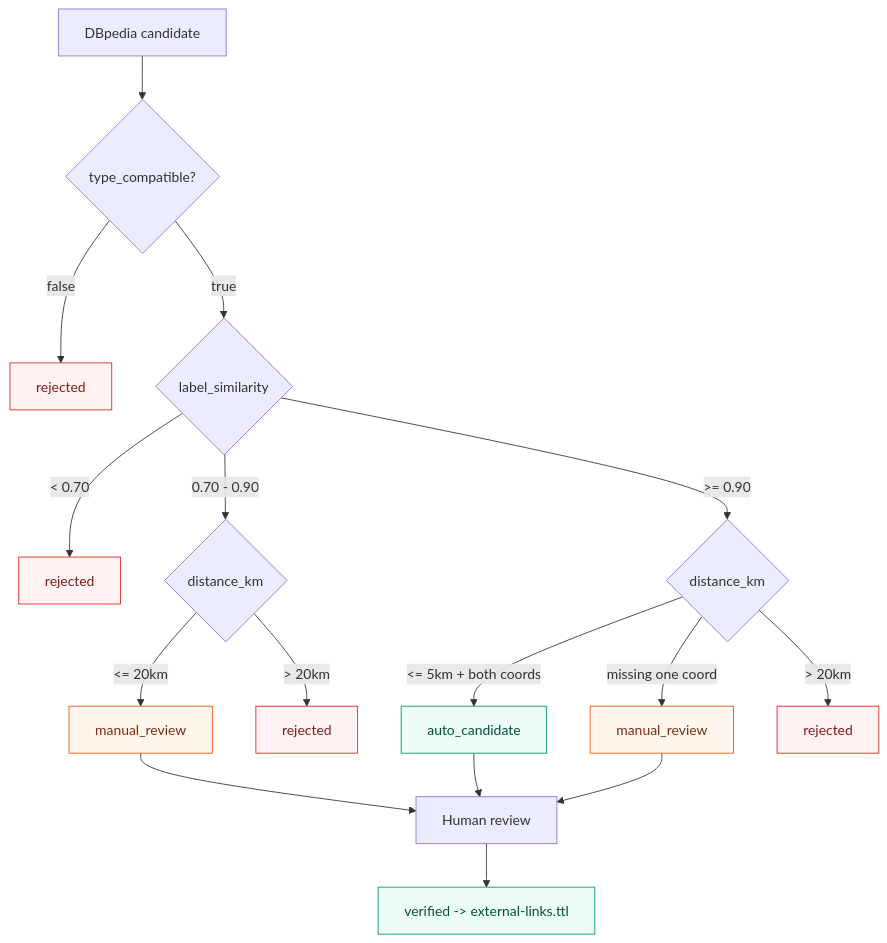
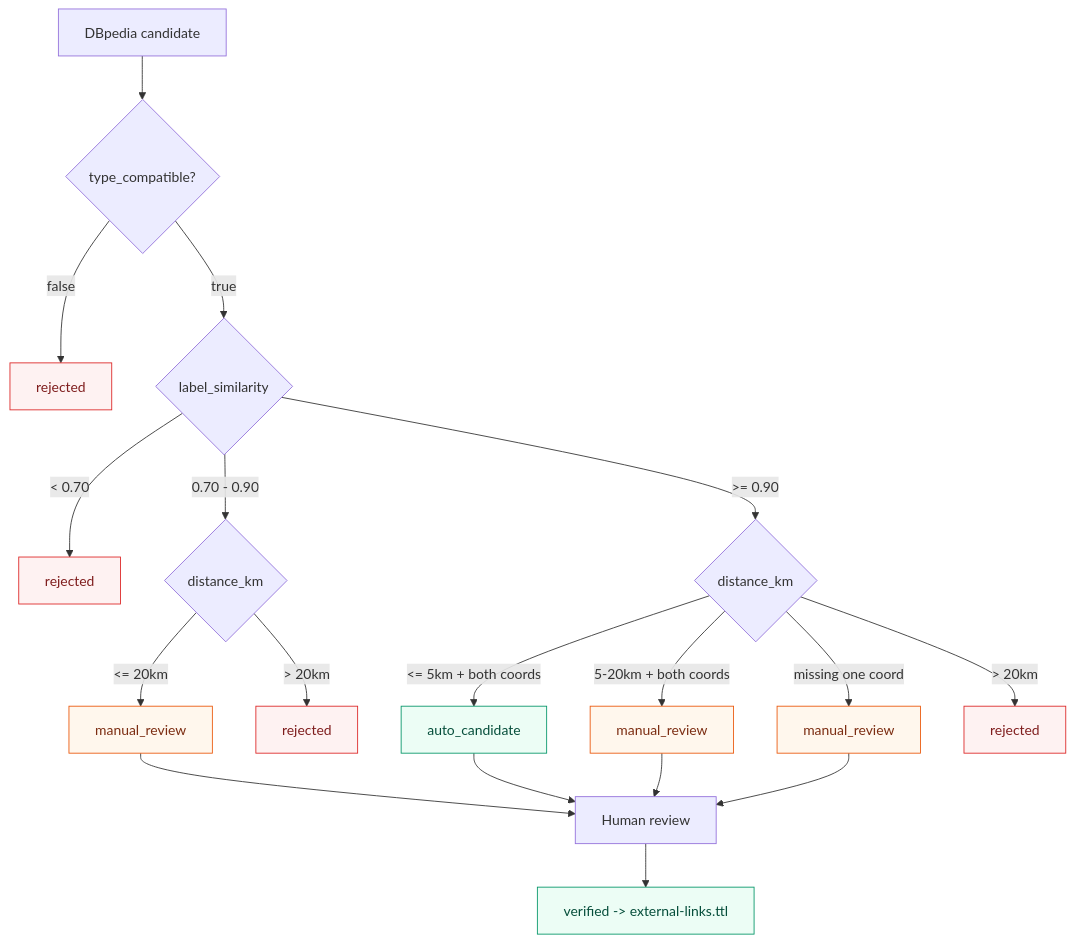
One commit to sutobode/Semanticweb changed diagram 11 of 12 in PROJECT_SPEC.md. Above: the diagram before and after it, drawn with Mermaid. The commit also changed other lines of this file, not shown here.

````diff
--- a/PROJECT_SPEC.md
+++ b/PROJECT_SPEC.md
@@ -2182,25 +2283,27 @@
 ```mermaid
 flowchart TD
     classDef reject fill:#FEF2F2,stroke:#DC2626,color:#7F1D1D
     classDef review fill:#FFF7ED,stroke:#EA580C,color:#7C2D12
     classDef auto fill:#ECFDF5,stroke:#059669,color:#064E3B
 
     START["DBpedia candidate"] --> TYPE{"type_compatible?"}
     TYPE -->|false| REJ1["rejected"]
     TYPE -->|true| SCORE{"label_similarity"}
     SCORE -->|"< 0.70"| REJ2["rejected"]
     SCORE -->|"0.70 - 0.90"| DIST1{"distance_km"}
     SCORE -->|">= 0.90"| DIST2{"distance_km"}
     DIST1 -->|"<= 20km"| REVIEW1["manual_review"]
     DIST1 -->|"> 20km"| REJ3["rejected"]
     DIST2 -->|"<= 5km + both coords"| AUTO["auto_candidate"]
+    DIST2 -->|"5-20km + both coords"| REVIEW3["manual_review"]
     DIST2 -->|"missing one coord"| REVIEW2["manual_review"]
     DIST2 -->|"> 20km"| REJ4["rejected"]
     AUTO --> HUMAN["Human review"] --> VERIFIED["verified -> external-links.ttl"]
     REVIEW1 --> HUMAN
     REVIEW2 --> HUMAN
+    REVIEW3 --> HUMAN
 
     class REJ1,REJ2,REJ3,REJ4 reject
-    class REVIEW1,REVIEW2 review
+    class REVIEW1,REVIEW2,REVIEW3 review
     class AUTO,VERIFIED auto
 ```
````
